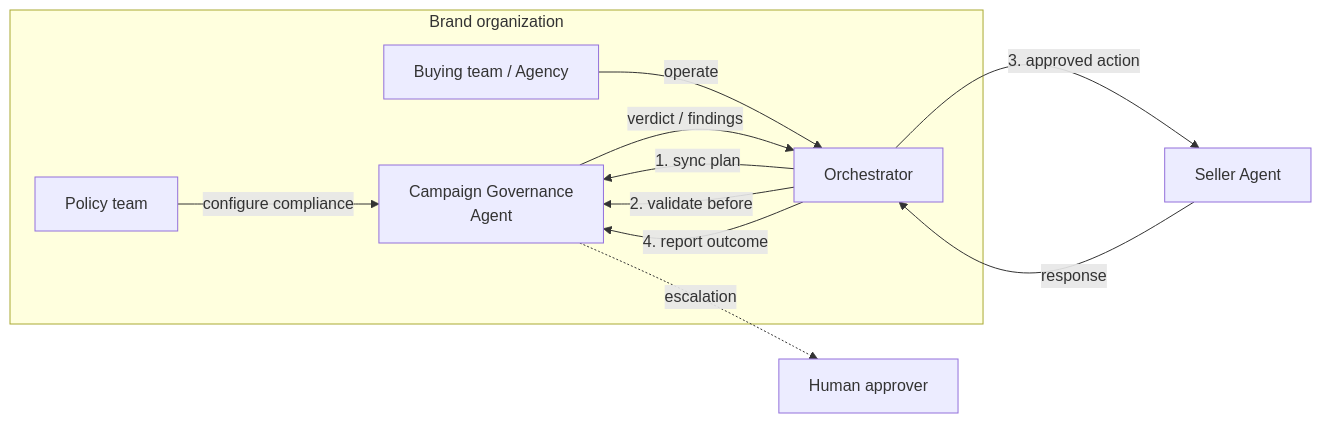
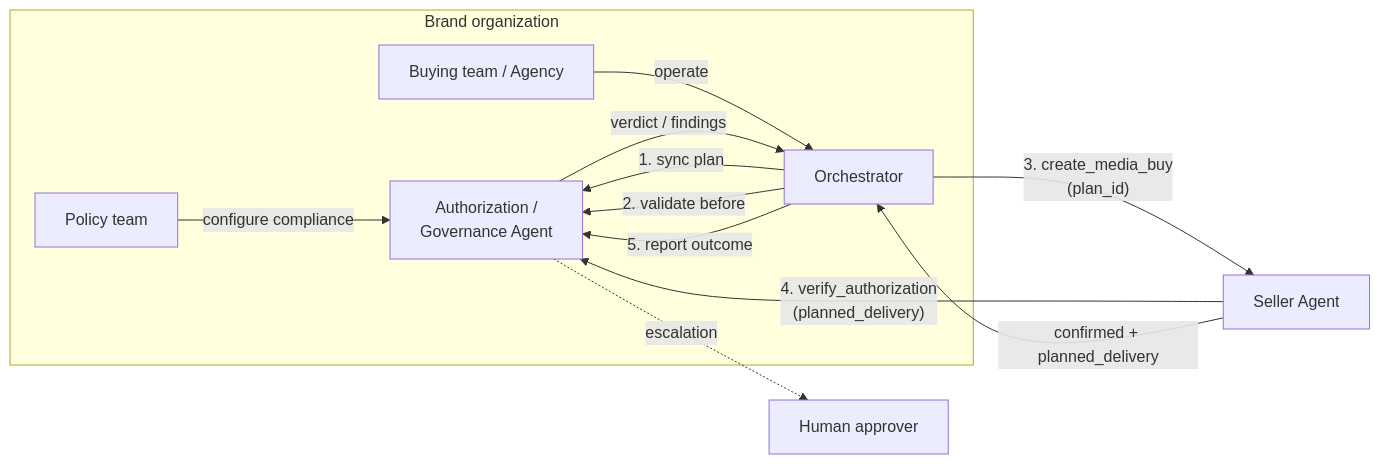
One commit to adcontextprotocol/adcp changed the diagram in docs/governance/campaign/index.mdx. Above: the diagram before and after it, drawn with Mermaid. The commit also changed other lines of this file and 26 other files, not shown here.

````diff
--- a/docs/governance/campaign/index.mdx
+++ b/docs/governance/campaign/index.mdx
@@ -32,19 +34,20 @@
 ```mermaid
 flowchart LR
     subgraph brand["Brand organization"]
         policy["Policy team"]
         buying["Buying team / Agency"]
         orchestrator["Orchestrator"]
-        gov["Campaign Governance<br/>Agent"]
+        gov["Authorization /<br/>Governance Agent"]
         policy -->|"configure compliance"| gov
         buying -->|"operate"| orchestrator
         orchestrator -->|"1. sync plan"| gov
         orchestrator -->|"2. validate before"| gov
-        orchestrator -->|"4. report outcome"| gov
+        orchestrator -->|"5. report outcome"| gov
         gov -->|"verdict / findings"| orchestrator
     end
 
-    orchestrator -->|"3. approved action"| seller["Seller Agent"]
-    seller -->|"response"| orchestrator
+    orchestrator -->|"3. create_media_buy<br/>(plan_id)"| seller["Seller Agent"]
+    seller -->|"4. verify_authorization<br/>(planned_delivery)"| gov
+    seller -->|"confirmed + planned_delivery"| orchestrator
     gov -.->|"escalation"| human["Human approver"]
 ```
````
